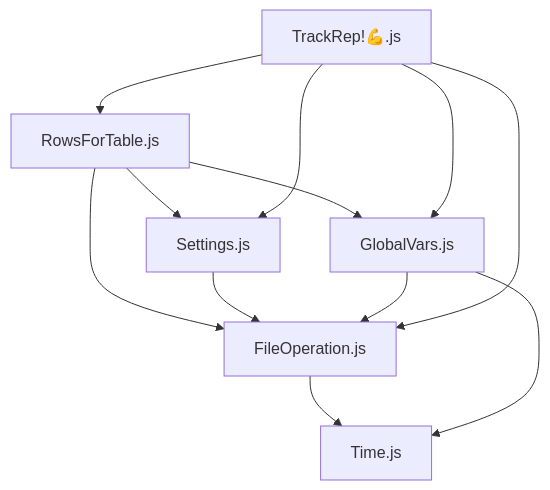
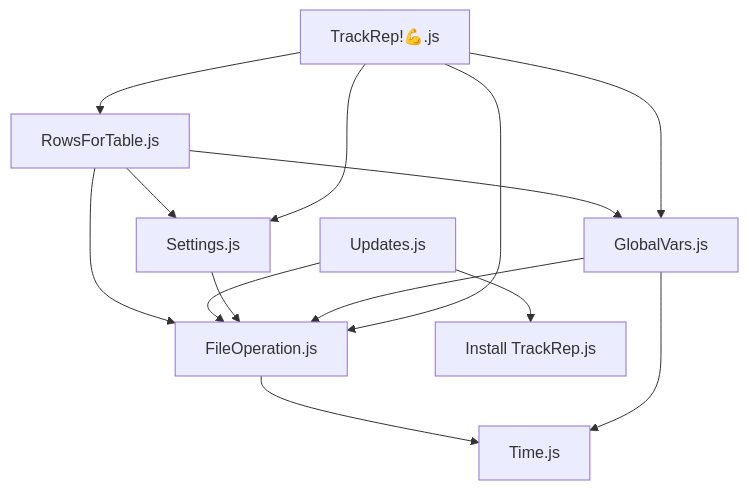
One commit to larsleimbach/TrackRep changed the diagram in README.md. Above: the diagram before and after it, drawn with Mermaid. The commit also changed other lines of this file and 20 other files, not shown here.

````diff
--- a/README.md
+++ b/README.md
@@ -81,14 +81,16 @@
 ```mermaid
 graph TD
   A[RowsForTable.js] --> B[Settings.js]
   A --> C[GlobalVars.js]
   A --> D[FileOperation.js]
   D --> E[Time.js]
+  F[Updates.js] --> D
+  F --> G[Install TrackRep.js]
   B --> D
   C --> D
   C --> E
   X[TrackRep!💪.js] --> A
   X --> B
   X --> C
   X --> D
 ```
````
